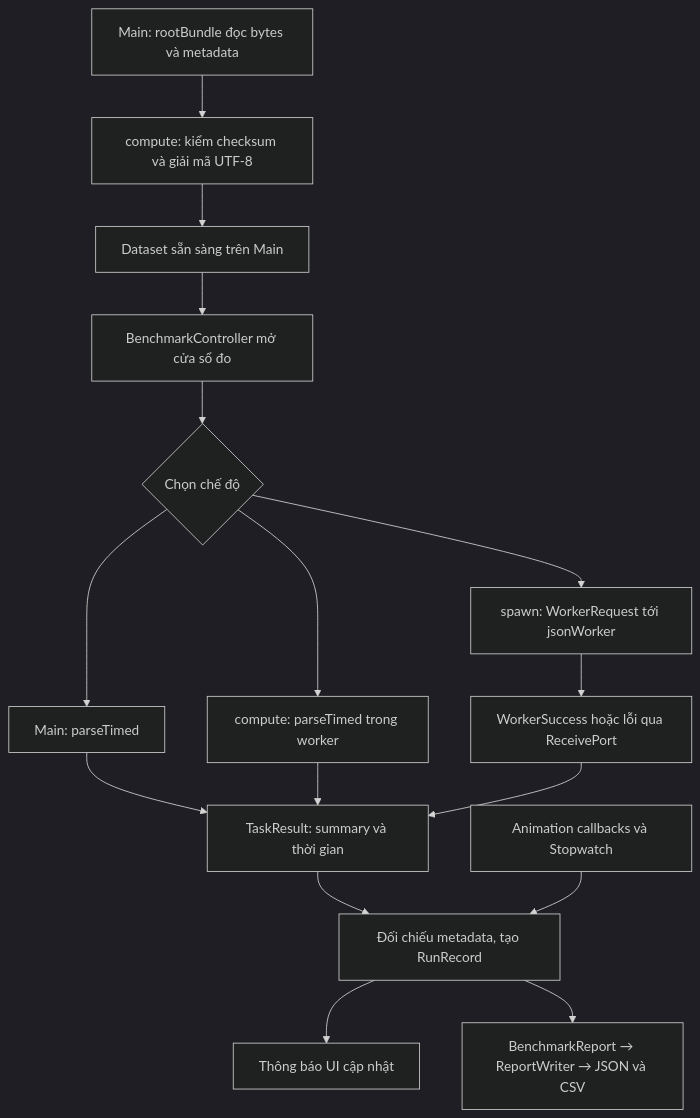
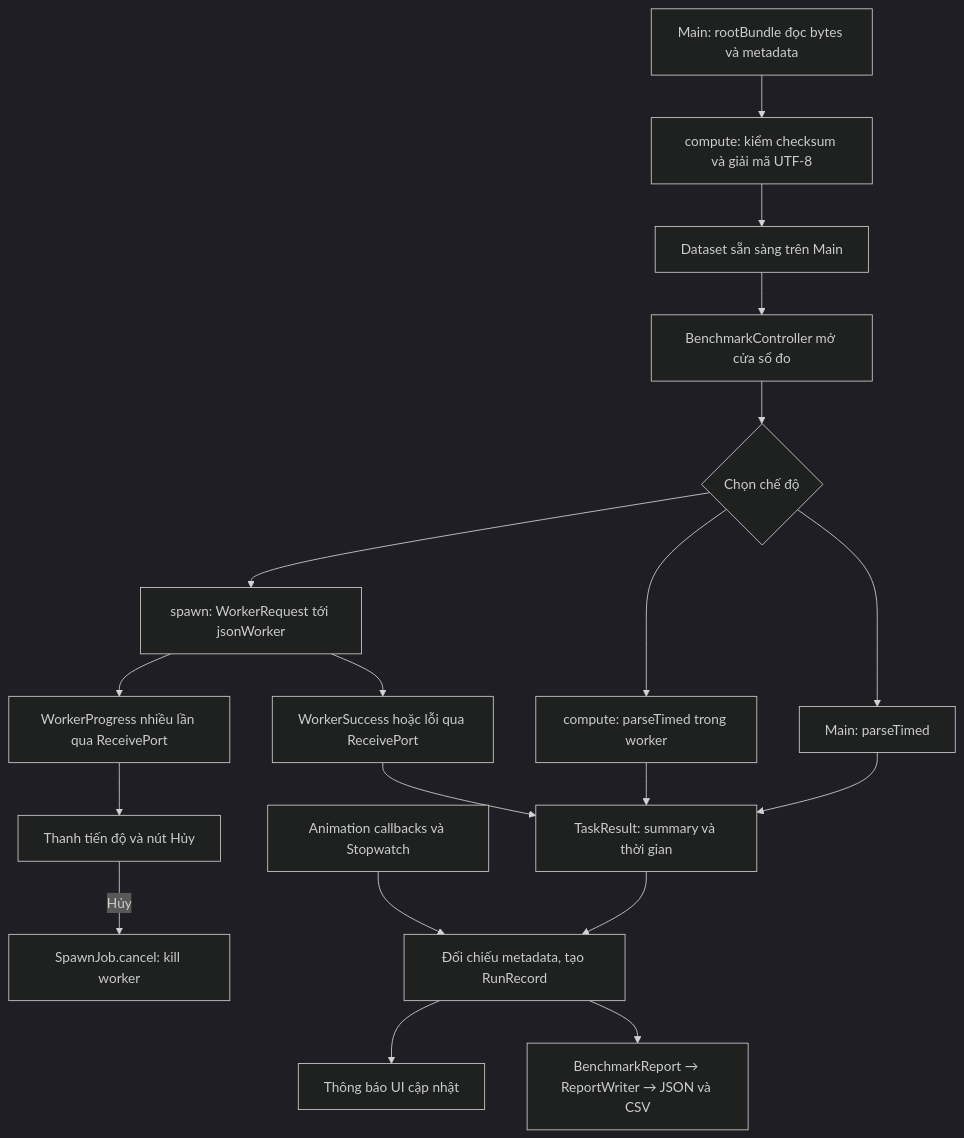
Before and after one commit to hgpenguin/chude03-flutter-isolates: the diagram in docs/ARCHITECTURE.md, drawn with Mermaid (dark theme). The commit also changed other lines of this file, not shown here.

Commit message:
docs: mô tả luồng tiến độ và hủy worker

````diff
--- a/docs/ARCHITECTURE.md
+++ b/docs/ARCHITECTURE.md
@@ -17,18 +17,21 @@
 ```mermaid
 flowchart TD
   A[Main: rootBundle đọc bytes và metadata] --> B[compute: kiểm checksum và giải mã UTF-8]
   B --> C[Dataset sẵn sàng trên Main]
   C --> D[BenchmarkController mở cửa sổ đo]
   D --> E{Chọn chế độ}
   E --> F[Main: parseTimed]
   E --> G[compute: parseTimed trong worker]
   E --> H[spawn: WorkerRequest tới jsonWorker]
+  H --> P[WorkerProgress nhiều lần qua ReceivePort]
+  P --> Q[Thanh tiến độ và nút Hủy]
+  Q -->|Hủy| R[SpawnJob.cancel: kill worker]
   H --> I[WorkerSuccess hoặc lỗi qua ReceivePort]
   F --> J[TaskResult: summary và thời gian]
   G --> J
   I --> J
   J --> K[Đối chiếu metadata, tạo RunRecord]
   L[Animation callbacks và Stopwatch] --> K
   K --> M[Thông báo UI cập nhật]
   K --> N[BenchmarkReport → ReportWriter → JSON và CSV]
 ```
````
